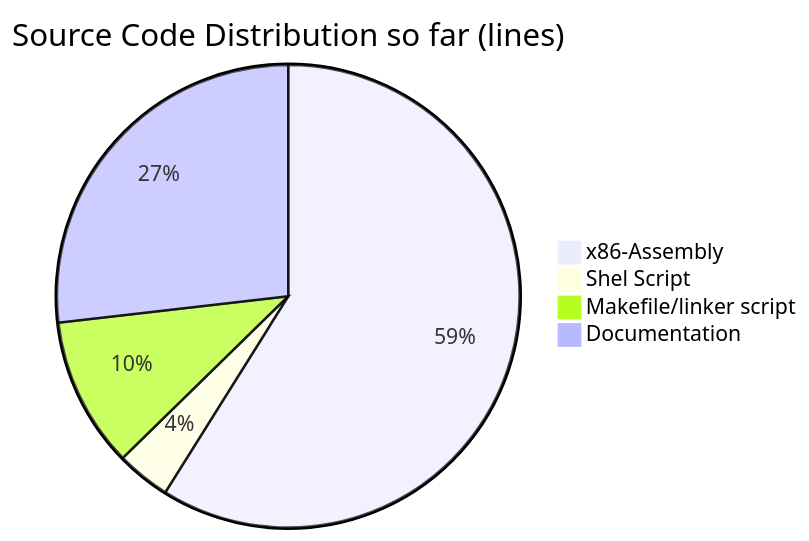
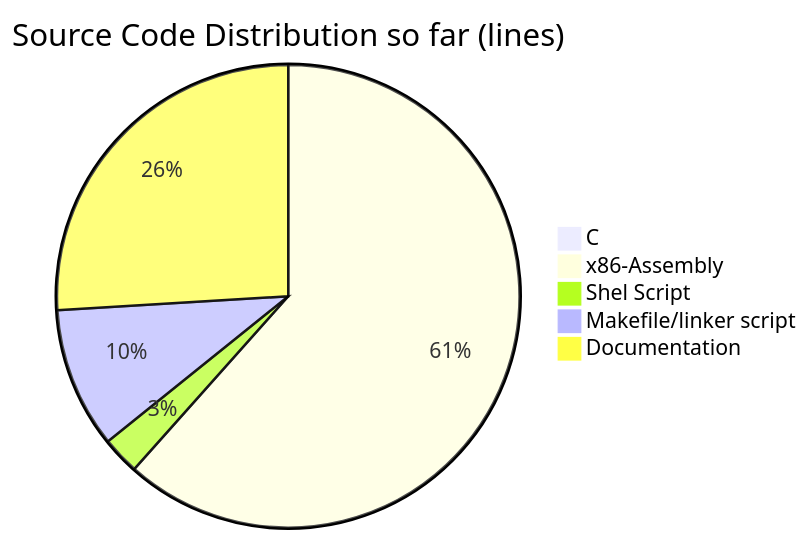
Before and after one commit to rossanx/akfs: the diagram in README.md, drawn with Mermaid.

Commit message:
README.md -> Updated source code statistics

````diff
--- a/README.md
+++ b/README.md
@@ -13,7 +13,8 @@
 ```mermaid
 pie title Source Code Distribution so far (lines)
-    "x86-Assembly" :  3716
-    "Shel Script" :  238
-    "Makefile/linker script" :  662
-    "Documentation" :  1692
+    "C" :  19
+    "x86-Assembly" :  4966
+    "Shel Script" :  212
+    "Makefile/linker script" :  792
+    "Documentation" :  2094
 ```
````
